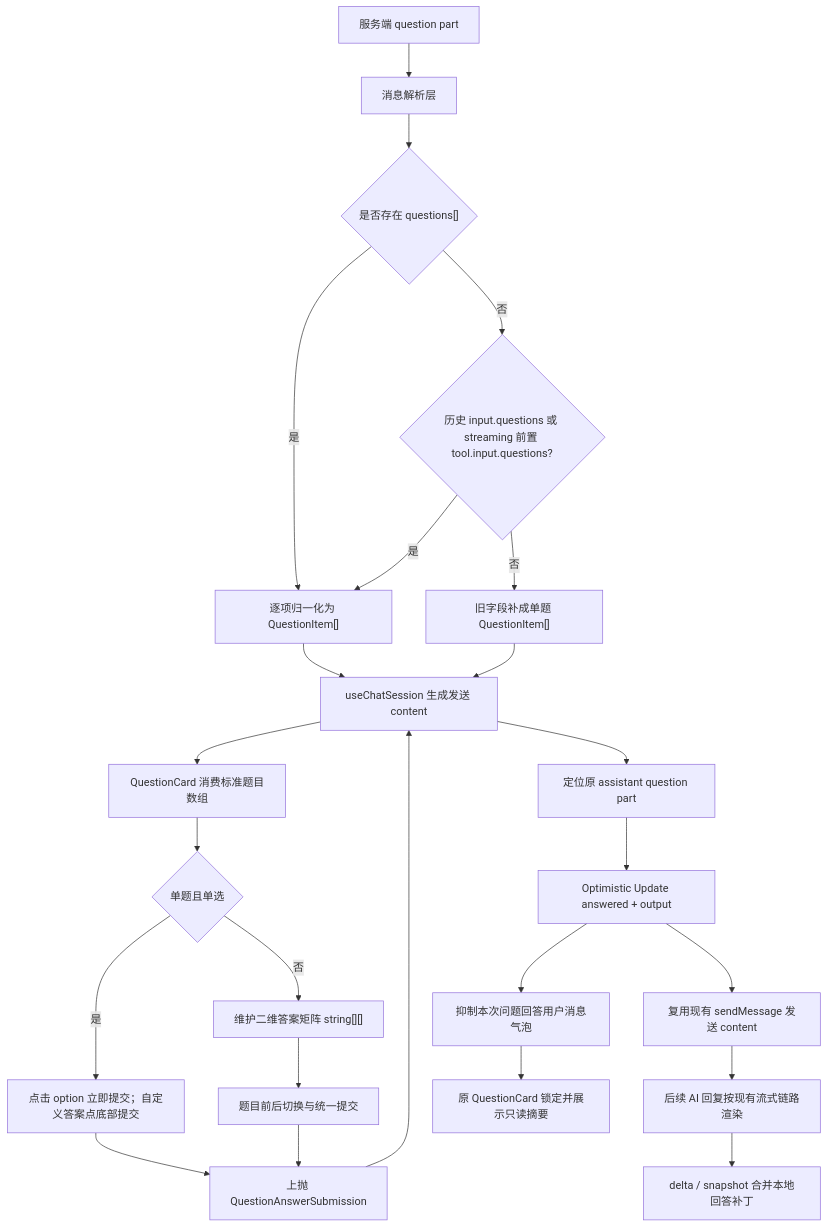
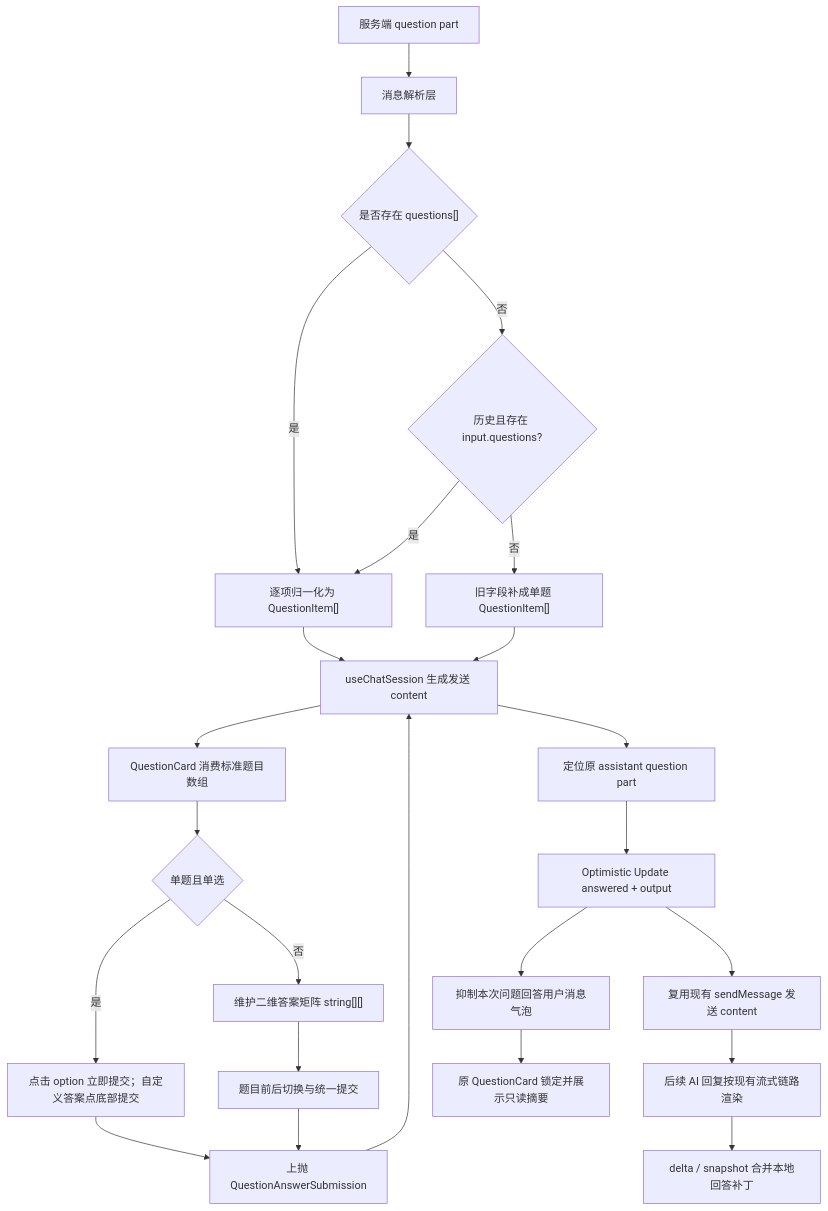
Before and after one commit to Abelsjcheng/skillSDK: the first of 4 diagrams in ai-chat-viewer/docs/2026-06-12-question-card-multi-question-answer-design.md, drawn with Mermaid. The commit also changed other lines of this file and 4 other files, not shown here.

````diff
--- a/ai-chat-viewer/docs/2026-06-12-question-card-multi-question-answer-design.md
+++ b/ai-chat-viewer/docs/2026-06-12-question-card-multi-question-answer-design.md
@@ -46,26 +46,26 @@
 ```mermaid
 flowchart TD
     A["服务端 question part"] --> B["消息解析层"]
     B --> C{"是否存在 questions[]"}
     C -- "是" --> D["逐项归一化为 QuestionItem[]"]
-    C -- "否" --> E{"历史 input.questions 或 streaming 前置 tool.input.questions?"}
+    C -- "否" --> E{"历史且存在 input.questions?"}
     E -- "是" --> D
     E -- "否" --> F["旧字段补成单题 QuestionItem[]"]
     D --> M["消息 part 写入 part.questions"]
     F --> M
     M --> G["QuestionCard 消费标准题目数组"]
     G --> H{"单题且单选"}
     H -- "是" --> I["点击 option 立即提交；自定义答案点底部提交"]
     H -- "否" --> J["维护二维答案矩阵 string[][]"]
     J --> K["题目前后切换与统一提交"]
     I --> L["上抛 QuestionAnswerSubmission"]
     K --> L
     L --> M["useChatSession 生成发送 content"]
     M --> N["定位原 assistant question part"]
     N --> O["Optimistic Update answered + output"]
     O --> P["复用现有 sendMessage 发送 content"]
     O --> Q["抑制本次问题回答用户消息气泡"]
     P --> R["后续 AI 回复按现有流式链路渲染"]
     R --> S["delta / snapshot 合并本地回答补丁"]
     Q --> T["原 QuestionCard 锁定并展示只读摘要"]
 ```
````
